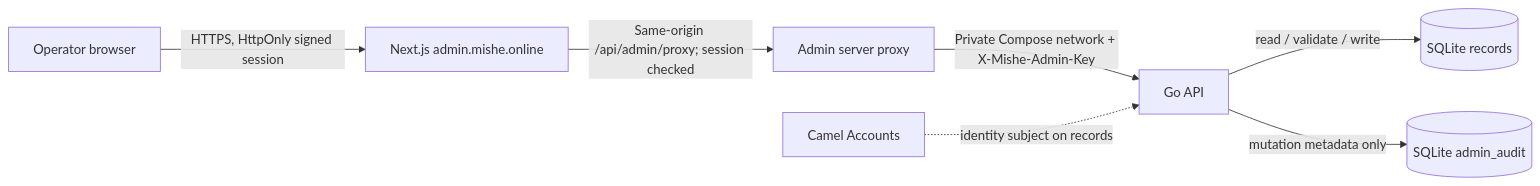
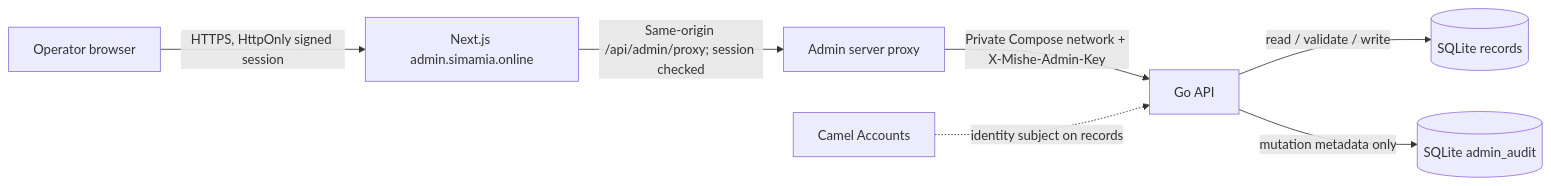
Before and after one commit to troubleman96/SIMAMIA-free: the diagram in docs/admin-console.md, drawn with Mermaid. The commit also changed other lines of this file and 46 other files, not shown here.

````diff
--- a/docs/admin-console.md
+++ b/docs/admin-console.md
@@ -7,9 +7,9 @@
 ```mermaid
 flowchart LR
-  Operator[Operator browser] -->|HTTPS, HttpOnly signed session| Admin[Next.js admin.mishe.online]
+  Operator[Operator browser] -->|HTTPS, HttpOnly signed session| Admin[Next.js admin.simamia.online]
   Admin -->|Same-origin /api/admin/proxy; session checked| Proxy[Admin server proxy]
   Proxy -->|Private Compose network + X-Mishe-Admin-Key| API[Go API]
   API -->|read / validate / write| SQLite[(SQLite records)]
   API -->|mutation metadata only| Audit[(SQLite admin_audit)]
   Camel[Camel Accounts] -. identity subject on records .-> API
 ```
````
